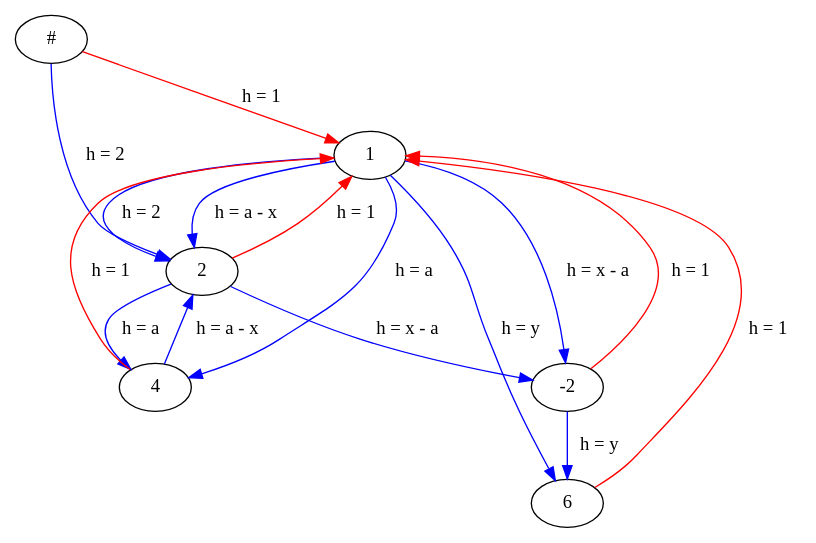
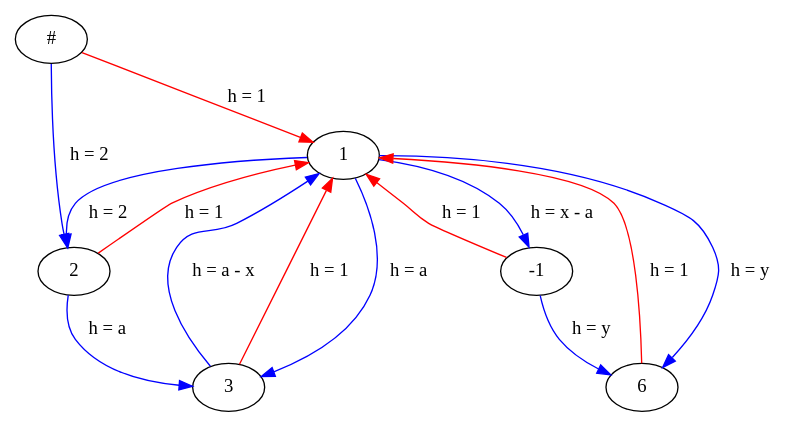
One commit to dShvetsov/Reliability changed the diagram in abstract_lts_m12.dot. Above: the diagram before and after it, drawn with Graphviz. The commit also changed 2 other files, not shown here.

```diff
--- a/abstract_lts_m12.dot
+++ b/abstract_lts_m12.dot
@@ -1,23 +1,21 @@
 digraph G{
 und[label="#"]
 1[label="1"]
 und->1[label=" h = 1 " color="red"]
 2[label="2"]
 1->2[label=" h = 2 " color="blue"]
-4[label="4"]
-2->4[label=" h = a " color="blue"]
-4->2[label=" h = a - x " color="blue"]
--2[label="-2"]
-2->-2[label=" h = x - a " color="blue"]
+3[label="3"]
+2->3[label=" h = a " color="blue"]
+3->1[label=" h = a - x " color="blue"]
+-1[label="-1"]
+1->-1[label=" h = x - a " color="blue"]
 6[label="6"]
--2->6[label=" h = y " color="blue"]
+-1->6[label=" h = y " color="blue"]
 und->2[label=" h = 2 " color="blue"]
 2->1[label=" h = 1 " color="red"]
-1->4[label=" h = a " color="blue"]
-4->1[label=" h = 1 " color="red"]
-1->2[label=" h = a - x " color="blue"]
-1->-2[label=" h = x - a " color="blue"]
--2->1[label=" h = 1 " color="red"]
+1->3[label=" h = a " color="blue"]
+3->1[label=" h = 1 " color="red"]
+-1->1[label=" h = 1 " color="red"]
 1->6[label=" h = y " color="blue"]
 6->1[label=" h = 1 " color="red"]
 }
```
